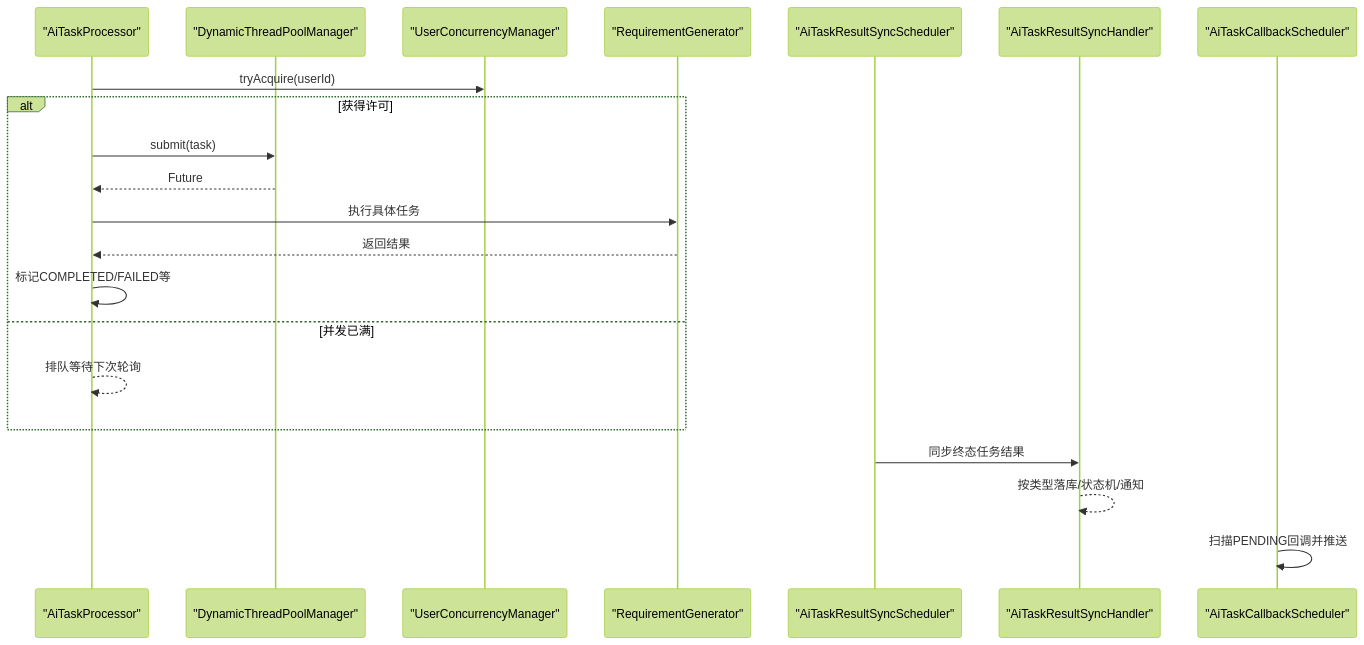
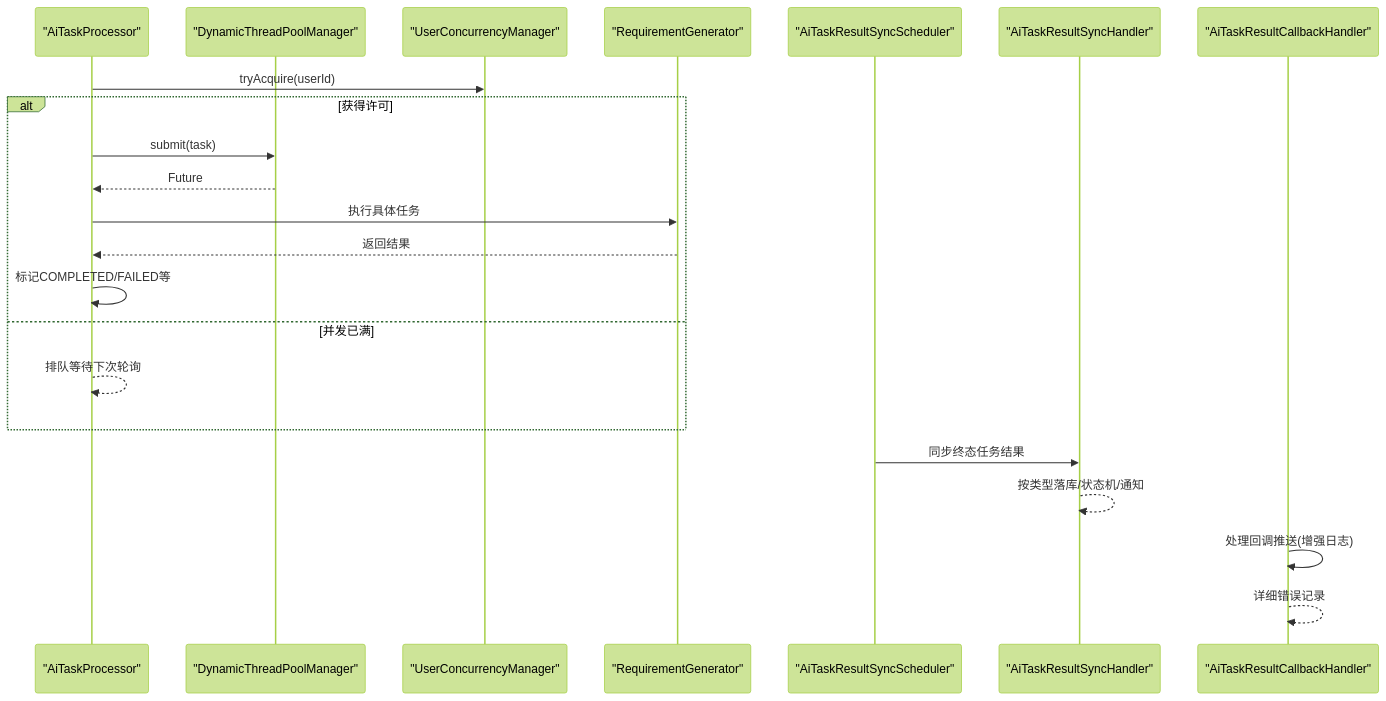
One commit to DrunkFood/First changed the second of 10 diagrams in .qoder/repowiki/zh/content/后端服务/交互服务 (ele-ai-tender-interaction)/回调机制与异步处理.md. Above: the diagram before and after it, drawn with Mermaid (forest theme). The commit also changed other lines of this file and 77 other files, not shown here.

````diff
--- a/.qoder/repowiki/zh/content/后端服务/交互服务 (ele-ai-tender-interaction)/回调机制与异步处理.md
+++ b/.qoder/repowiki/zh/content/后端服务/交互服务 (ele-ai-tender-interaction)/回调机制与异步处理.md
@@ -100,23 +107,24 @@
 ```mermaid
 sequenceDiagram
 participant Scheduler as "AiTaskProcessor"
 participant Pool as "DynamicThreadPoolManager"
 participant Concur as "UserConcurrencyManager"
 participant Gen as "RequirementGenerator"
 participant SyncSch as "AiTaskResultSyncScheduler"
 participant SyncH as "AiTaskResultSyncHandler"
-participant CallbackSch as "AiTaskCallbackScheduler"
+participant CallbackH as "AiTaskResultCallbackHandler"
 Scheduler->>Concur : tryAcquire(userId)
 alt 获得许可
 Scheduler->>Pool : submit(task)
 Pool-->>Scheduler : Future
 Scheduler->>Gen : 执行具体任务
 Gen-->>Scheduler : 返回结果
 Scheduler->>Scheduler : 标记COMPLETED/FAILED等
 else 并发已满
 Scheduler-->>Scheduler : 排队等待下次轮询
 end
 SyncSch->>SyncH : 同步终态任务结果
 SyncH-->>SyncH : 按类型落库/状态机/通知
-CallbackSch->>CallbackSch : 扫描PENDING回调并推送
+CallbackH->>CallbackH : 处理回调推送(增强日志)
+CallbackH-->>CallbackH : 详细错误记录
 ```
````
